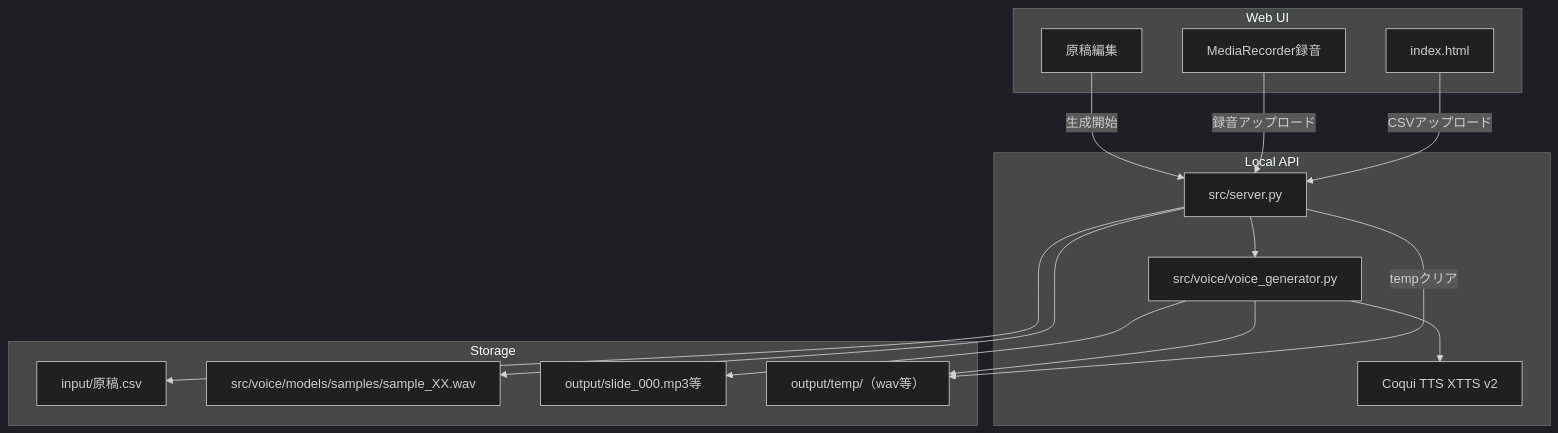
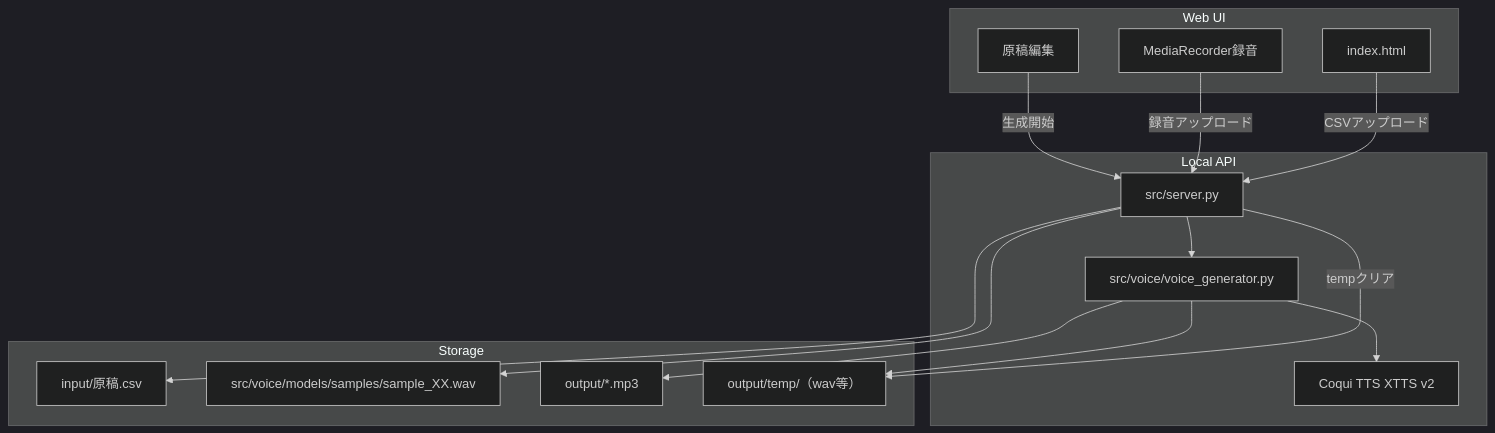
Before and after one commit to J1921604/MyVoice-Maker: the first of 3 diagrams in specs/001-MyVoice-Maker/plan.md, drawn with Mermaid (dark theme). The commit also changed other lines of this file and 13 other files, not shown here.

````diff
--- a/specs/001-MyVoice-Maker/plan.md
+++ b/specs/001-MyVoice-Maker/plan.md
@@ -94,32 +94,32 @@
 ```mermaid
 flowchart TB
     subgraph Web UI
         HTML[index.html]
         REC[MediaRecorder録音]
         EDIT[原稿編集]
     end
 
     subgraph Local API
         API[src/server.py]
         VG[src/voice/voice_generator.py]
         TTS[Coqui TTS XTTS v2]
     end
 
     subgraph Storage
         IN[input/原稿.csv]
         SAMPLES[src/voice/models/samples/sample_XX.wav]
-        OUT[output/slide_000.mp3等]
+        OUT[output/*.mp3]
         TEMP[output/temp/（wav等）]
     end
 
     HTML -->|CSVアップロード| API
     REC -->|録音アップロード| API
     EDIT -->|生成開始| API
     API -->|tempクリア| TEMP
     API --> VG
     VG --> TTS
     VG --> TEMP
     VG --> OUT
     API --> IN
     API --> SAMPLES
 ```
````
